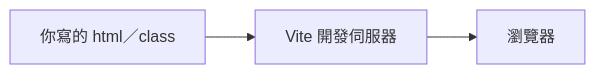
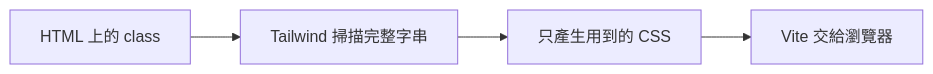
The first of 2 diagrams in source/_posts/lokiTech-15day-04-tailwind.md (summer10920/summer10920.github.io), drawn with Mermaid before and after one commit. The commit also changed other lines of this file and 4 other files, not shown here.

```diff
--- a/source/_posts/lokiTech-15day-04-tailwind.md
+++ b/source/_posts/lokiTech-15day-04-tailwind.md
@@ -24,4 +43,5 @@
 {% mermaid graph LR %}
-src["你寫的 html／class"] --> vite["Vite 開發伺服器"]
-vite --> browser["瀏覽器"]
+html["HTML 上的 class"] --> scan["Tailwind 掃描完整字串"]
+scan --> css["只產生用到的 CSS"]
+css --> vite["Vite 交給瀏覽器"]
 {% endmermaid %}
```
